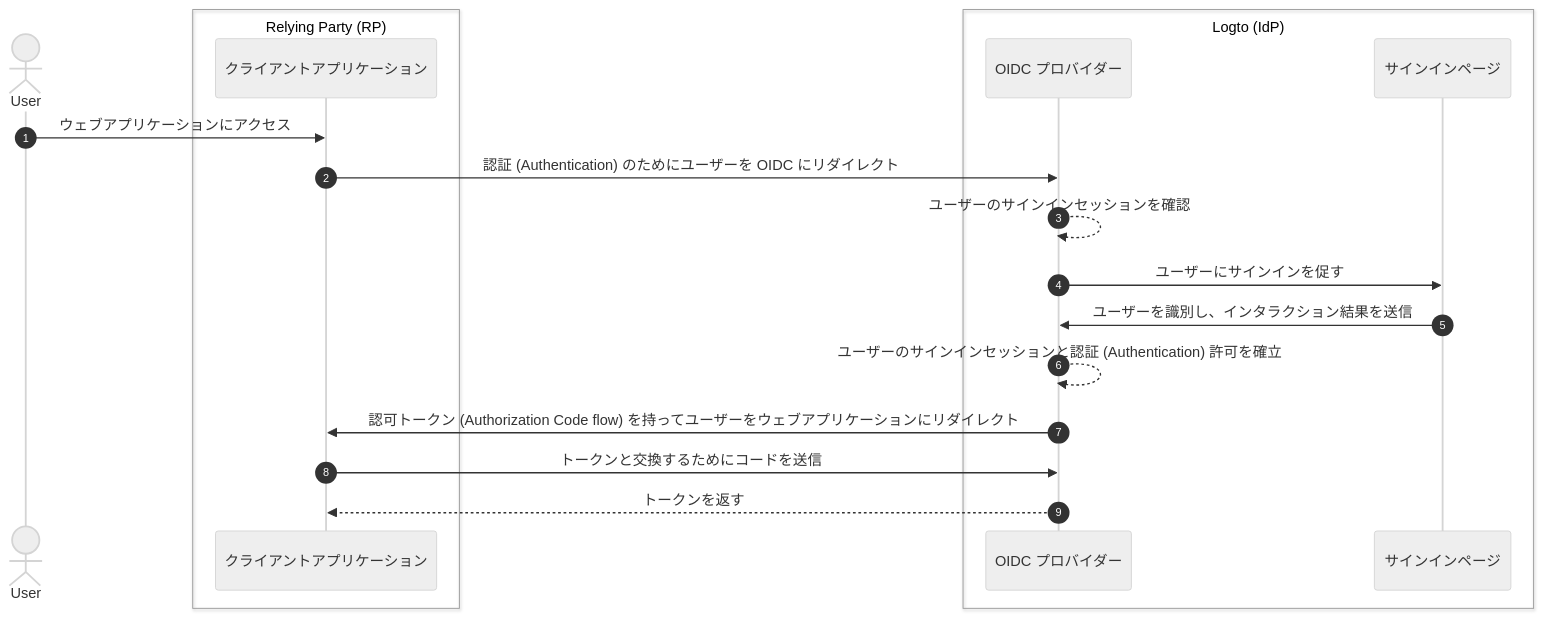
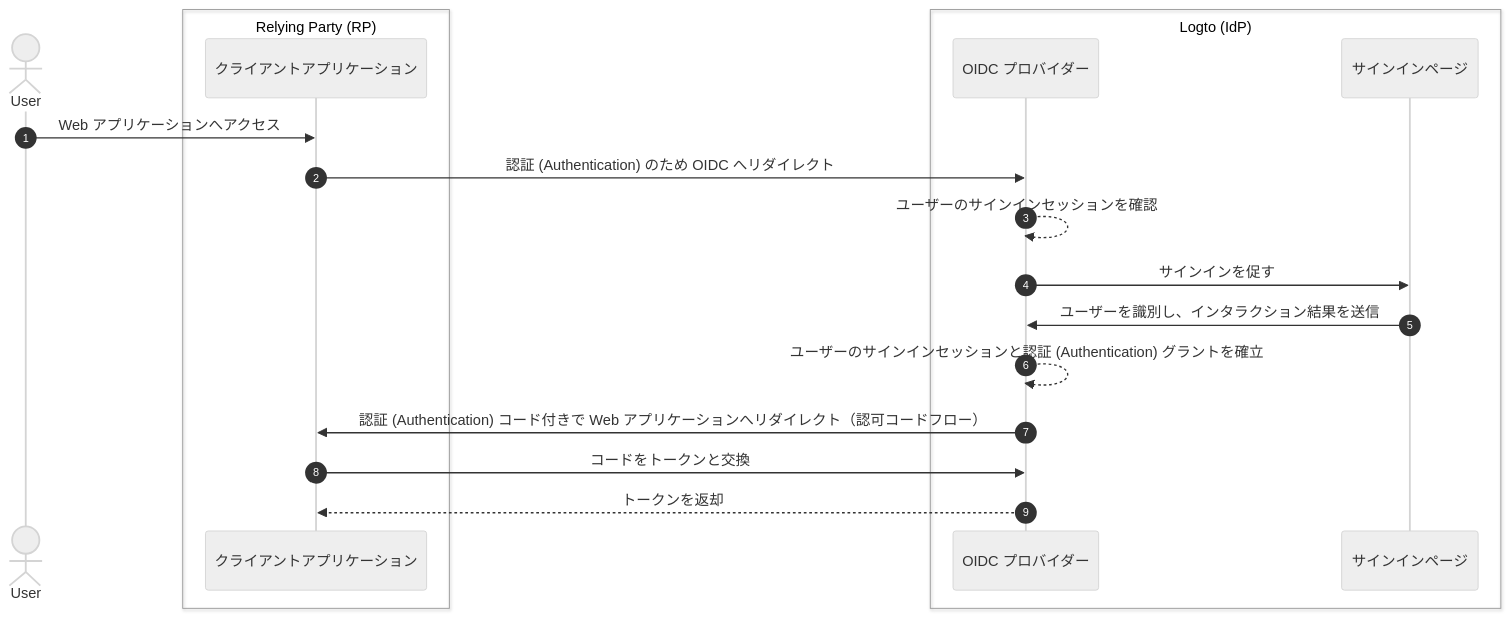
Before and after one commit to logto-io/docs: the first of 3 diagrams in i18n/ja/docusaurus-plugin-content-docs/current/end-user-flows/sign-out.mdx, drawn with Mermaid (neutral theme). The commit also changed other lines of this file and 162 other files, not shown here.

````diff
--- a/i18n/ja/docusaurus-plugin-content-docs/current/end-user-flows/sign-out.mdx
+++ b/i18n/ja/docusaurus-plugin-content-docs/current/end-user-flows/sign-out.mdx
@@ -13,24 +13,24 @@
 ```mermaid
   sequenceDiagram
     autonumber
     actor User
 
     box Relying Party (RP)
       participant Client as クライアントアプリケーション
     end
 
     box Logto (IdP)
       participant OIDC as OIDC プロバイダー
       participant SignIn as サインインページ
     end
 
-    User ->> Client: ウェブアプリケーションにアクセス
-    Client ->> OIDC: 認証 (Authentication) のためにユーザーを OIDC にリダイレクト
+    User ->> Client: Web アプリケーションへアクセス
+    Client ->> OIDC: 認証 (Authentication) のため OIDC へリダイレクト
     OIDC -->> OIDC: ユーザーのサインインセッションを確認
-    OIDC ->> SignIn: ユーザーにサインインを促す
+    OIDC ->> SignIn: サインインを促す
     SignIn ->> OIDC: ユーザーを識別し、インタラクション結果を送信
-    OIDC -->> OIDC: ユーザーのサインインセッションと認証 (Authentication) 許可を確立
-    OIDC ->> Client: 認可トークン (Authorization Code flow) を持ってユーザーをウェブアプリケーションにリダイレクト
-    Client ->> OIDC: トークンと交換するためにコードを送信
-    OIDC -->> Client: トークンを返す
+    OIDC -->> OIDC: ユーザーのサインインセッションと認証 (Authentication) グラントを確立
+    OIDC ->> Client: 認証 (Authentication) コード付きで Web アプリケーションへリダイレクト（認可コードフロー）
+    Client ->> OIDC: コードをトークンと交換
+    OIDC -->> Client: トークンを返却
 ```
````
